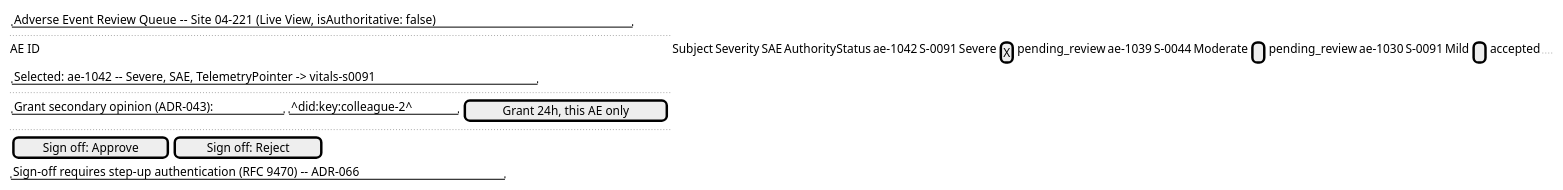
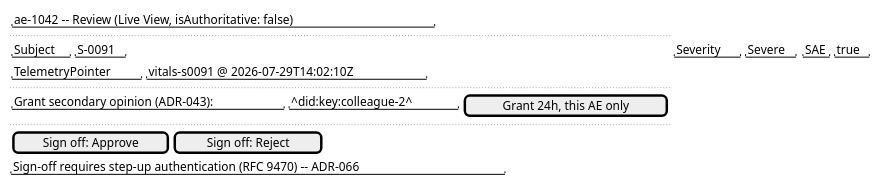
The sixth of 7 diagrams in docs/domains/clinical-trials-device-telemetry/features/adverse-event-capture-and-review.md (Mwwhited-BookLearning/EventSourcing), drawn with PlantUML before and after one commit. The commit also changed other lines of this file and 9 other files, not shown here.

````diff
--- a/docs/domains/clinical-trials-device-telemetry/features/adverse-event-capture-and-review.md
+++ b/docs/domains/clinical-trials-device-telemetry/features/adverse-event-capture-and-review.md
@@ -353,19 +378,15 @@
 ```plantuml
 @startsalt
 {
-  { "Adverse Event Review Queue -- Site 04-221  (Live View, isAuthoritative: false)" }
+  { "ae-1042 -- Review (Live View, isAuthoritative: false)" }
   ..
-  | AE ID   | Subject | Severity | SAE | AuthorityStatus  |
-  | ae-1042 | S-0091  | Severe   | [X] | pending_review   |
-  | ae-1039 | S-0044  | Moderate | [ ] | pending_review   |
-  | ae-1030 | S-0091  | Mild     | [ ] | accepted         |
-  ..
-  { "Selected: ae-1042 -- Severe, SAE, TelemetryPointer -> vitals-s0091" }
+  { "Subject" | "S-0091" } | { "Severity" | "Severe" } | { "SAE" | "true" }
+  { "TelemetryPointer" | "vitals-s0091 @ 2026-07-29T14:02:10Z" }
   ..
   { "Grant secondary opinion (ADR-043):" | "^did:key:colleague-2^" | [ Grant 24h, this AE only ] }
   ..
   { [ Sign off: Approve ] | [ Sign off: Reject ] }
   "Sign-off requires step-up authentication (RFC 9470) -- ADR-066"
 }
 @endsalt
 ```
````
